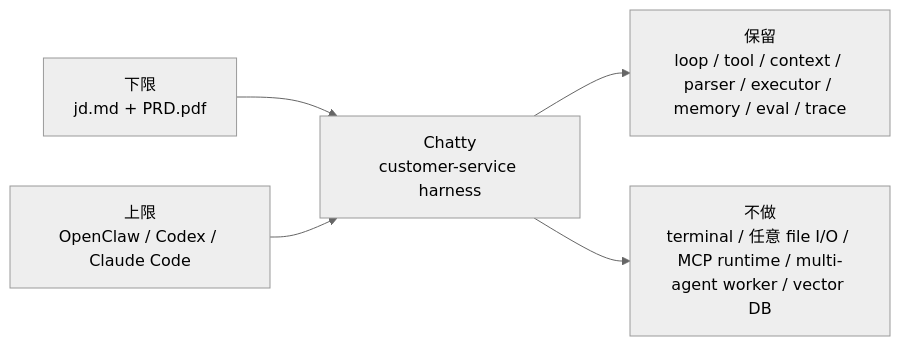
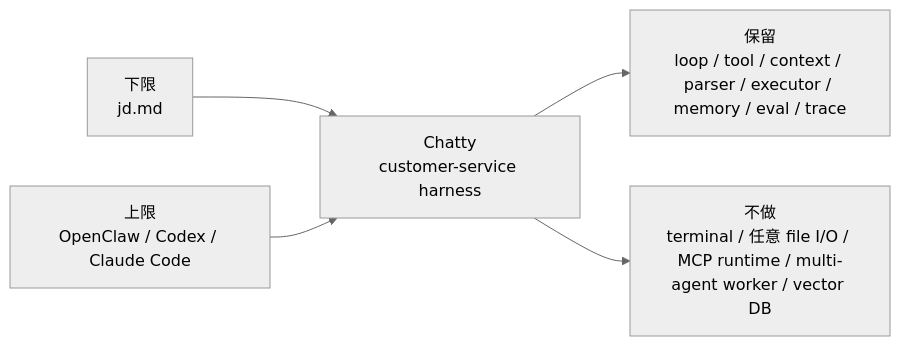
Before and after one commit to ImWenyaoT/chatty: the first of 24 diagrams in docs/design.md, drawn with Mermaid (neutral theme). The commit also changed other lines of this file and 3 other files, not shown here.

Commit message:
docs(architecture): review against updated jd

````diff
--- a/docs/design.md
+++ b/docs/design.md
@@ -35,8 +32,8 @@
 ```mermaid
 flowchart LR
-  Lower["下限<br/>jd.md + PRD.pdf"] --> Chatty["Chatty<br/>customer-service harness"]
+  Lower["下限<br/>jd.md"] --> Chatty["Chatty<br/>customer-service harness"]
   Upper["上限<br/>OpenClaw / Codex / Claude Code"] --> Chatty
 
   Chatty --> Keep["保留<br/>loop / tool / context / parser / executor / memory / eval / trace"]
   Chatty --> Cut["不做<br/>terminal / 任意 file I/O / MCP runtime / multi-agent worker / vector DB"]
 ```
````
